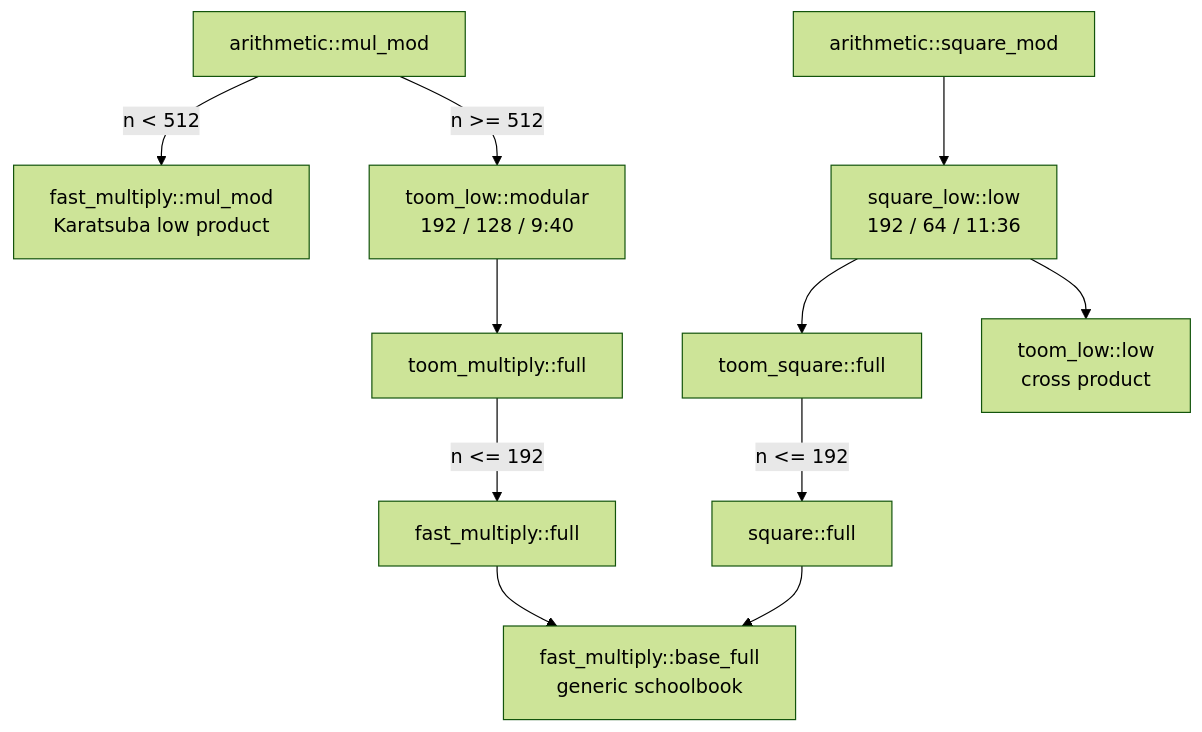
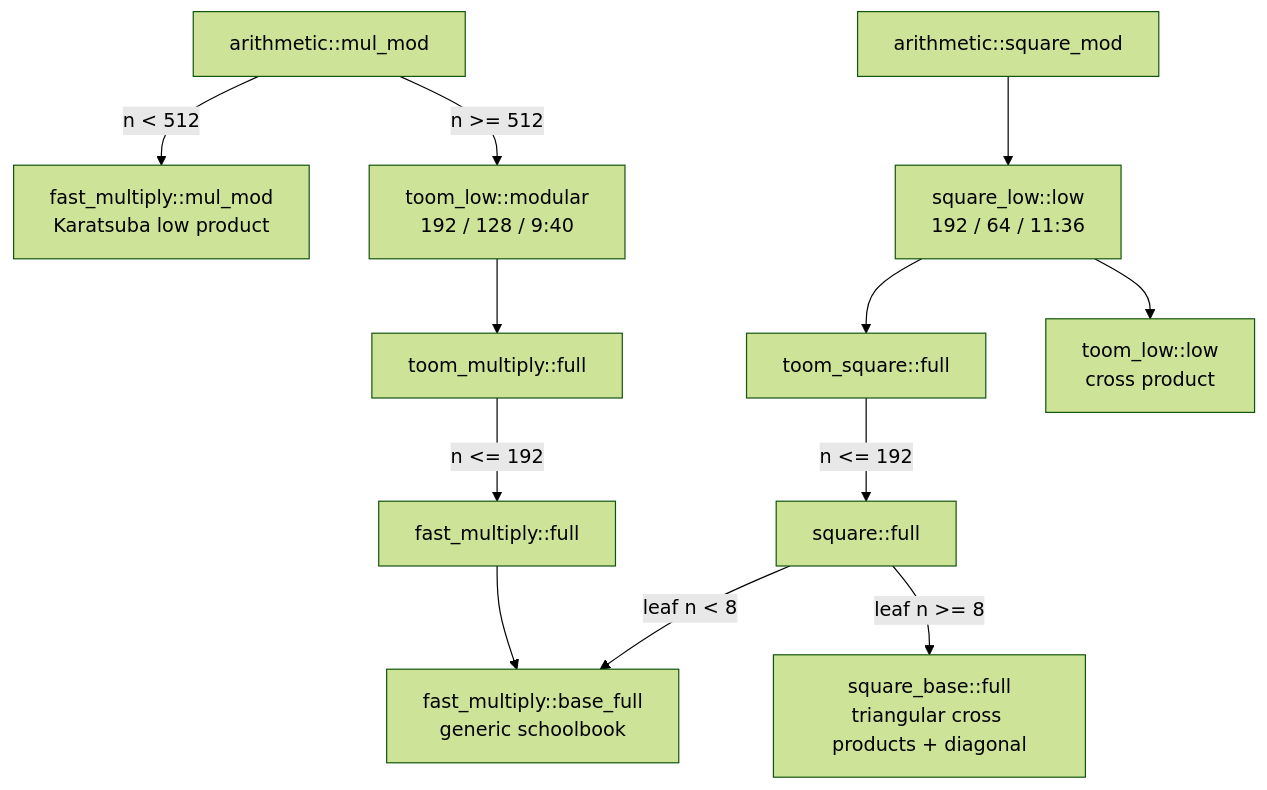
Before and after one commit to miles-song/VeriGMP: the second of 2 diagrams in docs/architecture.md, drawn with Mermaid (forest theme). The commit also changed other lines of this file and 9 other files, not shown here.

````diff
--- a/docs/architecture.md
+++ b/docs/architecture.md
@@ -106,13 +105,14 @@
 ```mermaid
 flowchart TD
     MM["arithmetic::mul_mod"] -->|n < 512| FM["fast_multiply::mul_mod<br/>Karatsuba low product"]
     MM -->|n >= 512| TL["toom_low::modular<br/>192 / 128 / 9:40"]
     TL --> TF["toom_multiply::full"]
     TF -->|n <= 192| KF["fast_multiply::full"]
     SM["arithmetic::square_mod"] --> SL["square_low::low<br/>192 / 64 / 11:36"]
     SL --> TS["toom_square::full"]
     SL --> TL2["toom_low::low<br/>cross product"]
     TS -->|n <= 192| KS["square::full"]
-    KS --> BF["fast_multiply::base_full<br/>generic schoolbook"]
+    KS -->|leaf n < 8| BF["fast_multiply::base_full<br/>generic schoolbook"]
+    KS -->|leaf n >= 8| SB["square_base::full<br/>triangular cross products + diagonal"]
     KF --> BF
 ```
````
